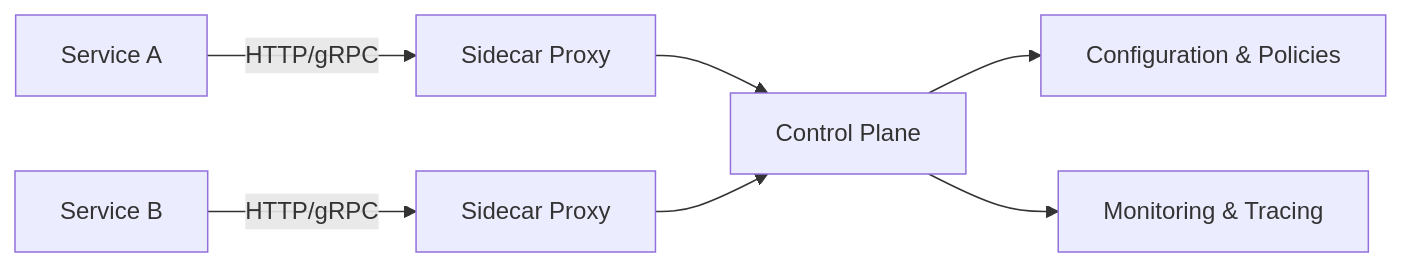
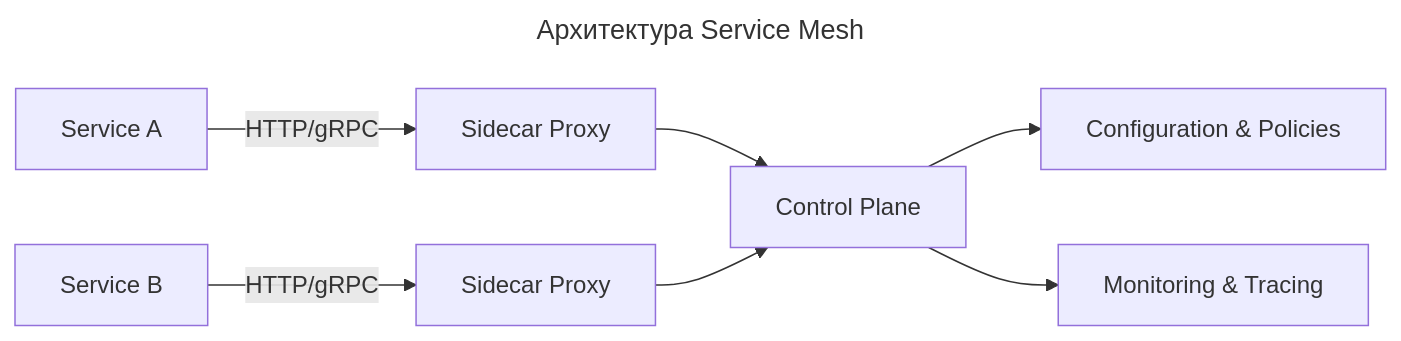
One commit to mrtxee/enterprise-developer-almanac changed the diagram in software-engineer/pattern/enterprise-patterns/Service Mesh.md. Above: the diagram before and after it, drawn with Mermaid. The commit also changed other lines of this file and 40 other files, not shown here.

````diff
--- a/software-engineer/pattern/enterprise-patterns/Service Mesh.md
+++ b/software-engineer/pattern/enterprise-patterns/Service Mesh.md
@@ -51,9 +69,12 @@
 ```mermaid
+---
+title: Архитектура Service Mesh
+---
 graph LR
-    A[Service A] -->|HTTP/gRPC| B[Sidecar Proxy]
-    C[Service B] -->|HTTP/gRPC| D[Sidecar Proxy]
-    B --> E[Control Plane]
-    D --> E
-    E --> F[Configuration & Policies]
-    E --> G[Monitoring & Tracing]
+  A[Service A] -->|HTTP/gRPC| B[Sidecar Proxy]
+  C[Service B] -->|HTTP/gRPC| D[Sidecar Proxy]
+  B --> E[Control Plane]
+  D --> E
+  E --> F[Configuration & Policies]
+  E --> G[Monitoring & Tracing]
 ```
````
